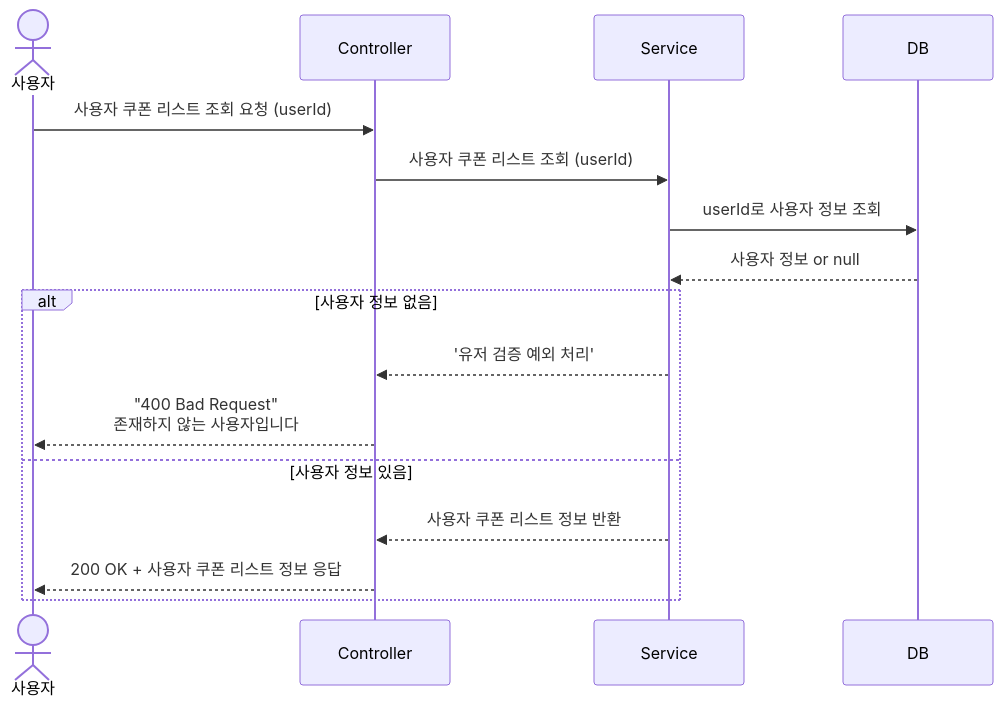
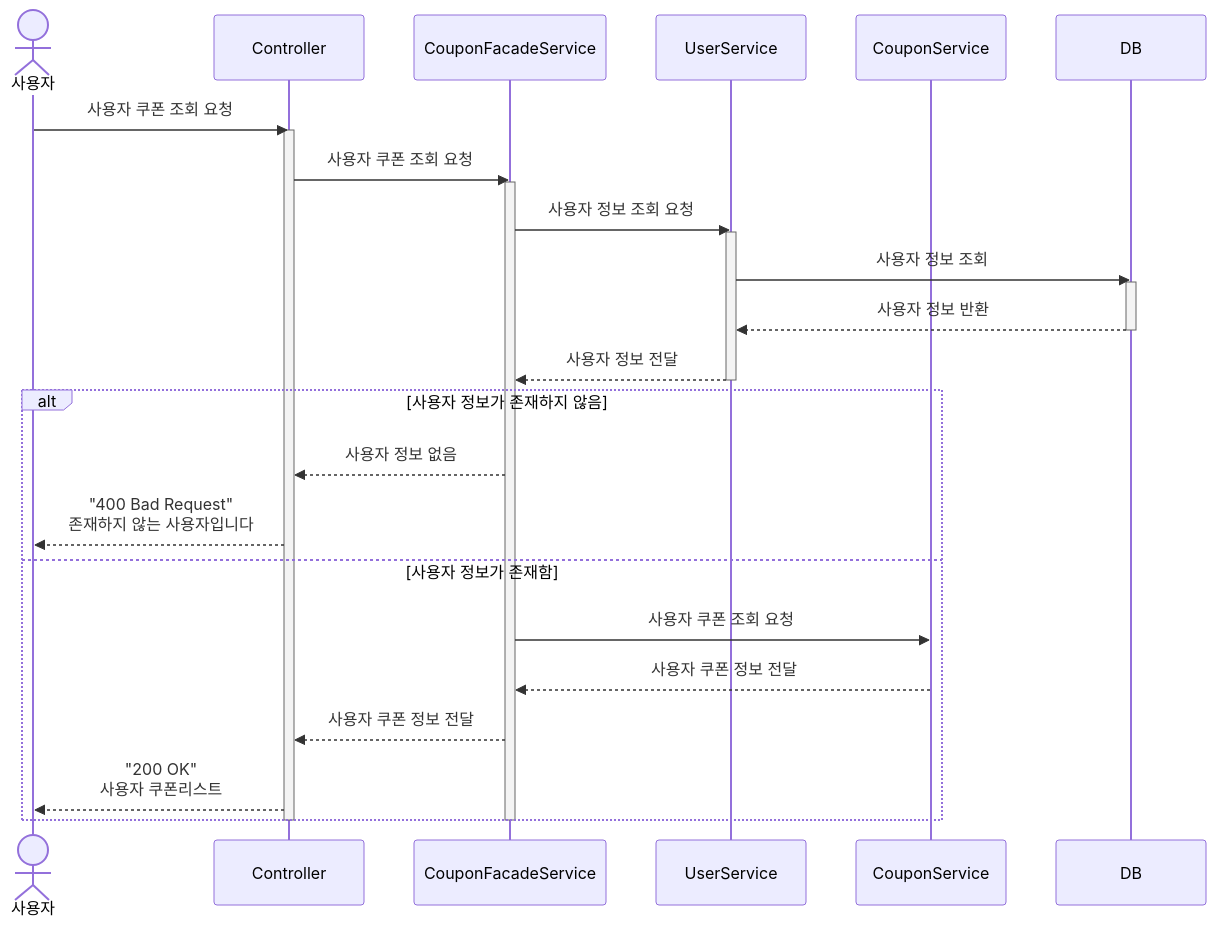
Before and after one commit to maengjjin/hhplus-service: the fifth of 8 diagrams in docs/SequenceDiagram.md, drawn with Mermaid. The commit also changed other lines of this file, not shown here.

Commit message:
- 시퀀스 다이어그램 수정 (Actor 추가 및 파사드 패턴 반영) close #4

````diff
--- a/docs/SequenceDiagram.md
+++ b/docs/SequenceDiagram.md
@@ -120,20 +218,40 @@
 ```mermaid
 sequenceDiagram
     actor User as 사용자
     participant Controller
-    participant Service
+    participant CouponFacadeService
+    participant UserService
+    participant CouponService
     participant DB
 
-    User ->> Controller: 사용자 쿠폰 리스트 조회 요청 (userId)
-    Controller ->> Service: 사용자 쿠폰 리스트 조회 (userId)
-    Service ->> DB: userId로 사용자 정보 조회
-    DB -->> Service: 사용자 정보 or null
+    User ->> Controller: 사용자 쿠폰 조회 요청
+    activate Controller
 
-    alt 사용자 정보 없음
-        Service -->> Controller: '유저 검증 예외 처리'
+    Controller ->> CouponFacadeService: 사용자 쿠폰 조회 요청
+    activate CouponFacadeService
+
+    CouponFacadeService ->> UserService: 사용자 정보 조회 요청
+    activate UserService
+
+    UserService ->> DB: 사용자 정보 조회
+    activate DB
+    DB -->> UserService: 사용자 정보 반환
+    deactivate DB
+
+    UserService -->> CouponFacadeService: 사용자 정보 전달
+    deactivate UserService
+
+    alt 사용자 정보가 존재하지 않음
+        CouponFacadeService -->> Controller: 사용자 정보 없음
         Controller -->> User: "400 Bad Request"<br>존재하지 않는 사용자입니다
-    else 사용자 정보 있음
-        Service -->> Controller: 사용자 쿠폰 리스트 정보 반환
-        Controller -->> User: 200 OK + 사용자 쿠폰 리스트 정보 응답
+    else 사용자 정보가 존재함
+        CouponFacadeService ->> CouponService: 사용자 쿠폰 조회 요청
+        CouponService -->> CouponFacadeService: 사용자 쿠폰 정보 전달
+        CouponFacadeService -->> Controller: 사용자 쿠폰 정보 전달
+        Controller -->> User: "200 OK"<br>사용자 쿠폰리스트
+        
     end
+
+    deactivate CouponFacadeService
+    deactivate Controller
 ```
````
